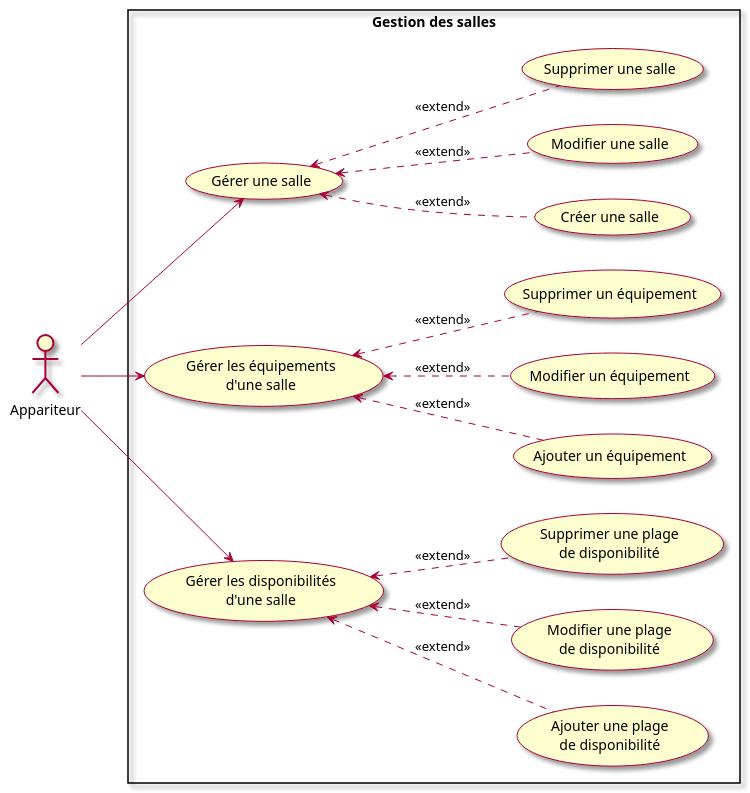
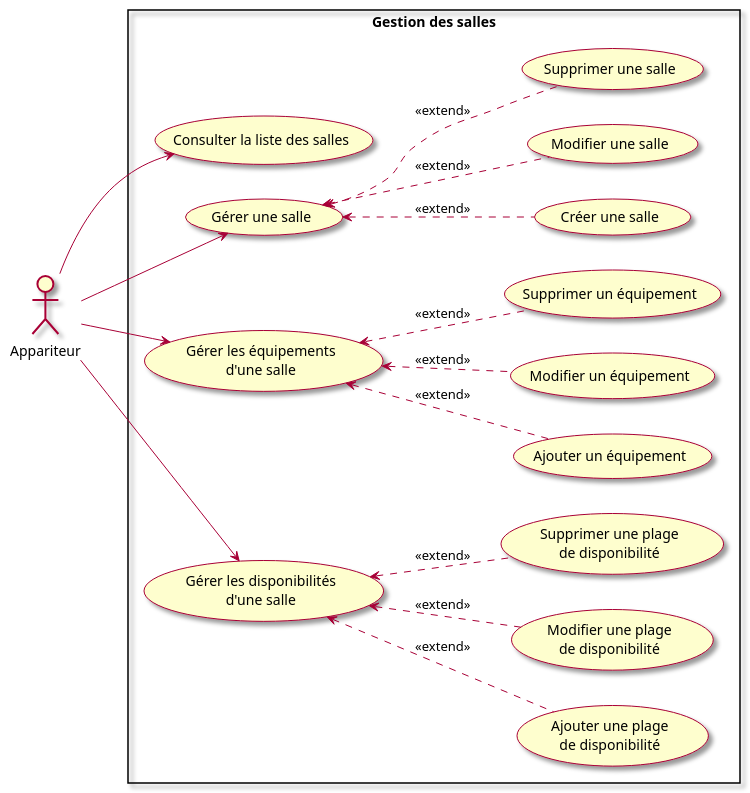
The fourth of 5 diagrams in docs/01-Besoins.md (mrajaonson/glg204-room-management-system), drawn with PlantUML before and after one commit. The commit also changed other lines of this file and 1 other file, not shown here.

````diff
--- a/docs/01-Besoins.md
+++ b/docs/01-Besoins.md
@@ -265,48 +314,50 @@
 ```plantuml
 @startuml
 
 left to right direction
 skin rose
 
 actor "Appariteur" as AP
 
 rectangle "Gestion des salles" {
 
+  usecase "Consulter la liste des salles" as UC_LISTE_SALLES
+  
   usecase "Gérer une salle" as UC_GERER
 
   usecase "Créer une salle" as UC_CREER
   usecase "Modifier une salle" as UC_MODIFIER
   usecase "Supprimer une salle" as UC_SUPPRIMER
 
   usecase "Gérer les équipements\nd'une salle" as UC_EQUIP
 
   usecase "Ajouter un équipement" as UC_AJOUT_EQUIP
   usecase "Modifier un équipement" as UC_MODIF_EQUIP
   usecase "Supprimer un équipement" as UC_SUPPR_EQUIP
 
   usecase "Gérer les disponibilités\nd'une salle" as UC_DISPO
 
   usecase "Ajouter une plage\nde disponibilité" as UC_AJOUT_DISPO
   usecase "Modifier une plage\nde disponibilité" as UC_MODIF_DISPO
   usecase "Supprimer une plage\nde disponibilité" as UC_SUPPR_DISPO
-
 }
 
 AP --> UC_GERER
 AP --> UC_EQUIP
 AP --> UC_DISPO
+AP --> UC_LISTE_SALLES
 
 UC_GERER <.. UC_CREER : <<extend>>
 UC_GERER <.. UC_MODIFIER : <<extend>>
 UC_GERER <.. UC_SUPPRIMER : <<extend>>
 
 UC_EQUIP <.. UC_AJOUT_EQUIP : <<extend>>
 UC_EQUIP <.. UC_MODIF_EQUIP : <<extend>>
 UC_EQUIP <.. UC_SUPPR_EQUIP : <<extend>>
 
 UC_DISPO <.. UC_AJOUT_DISPO : <<extend>>
 UC_DISPO <.. UC_MODIF_DISPO : <<extend>>
 UC_DISPO <.. UC_SUPPR_DISPO : <<extend>>
 
 @enduml
 ```
````
